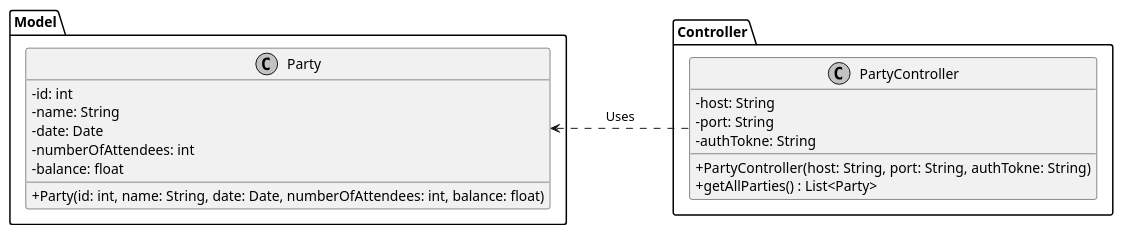
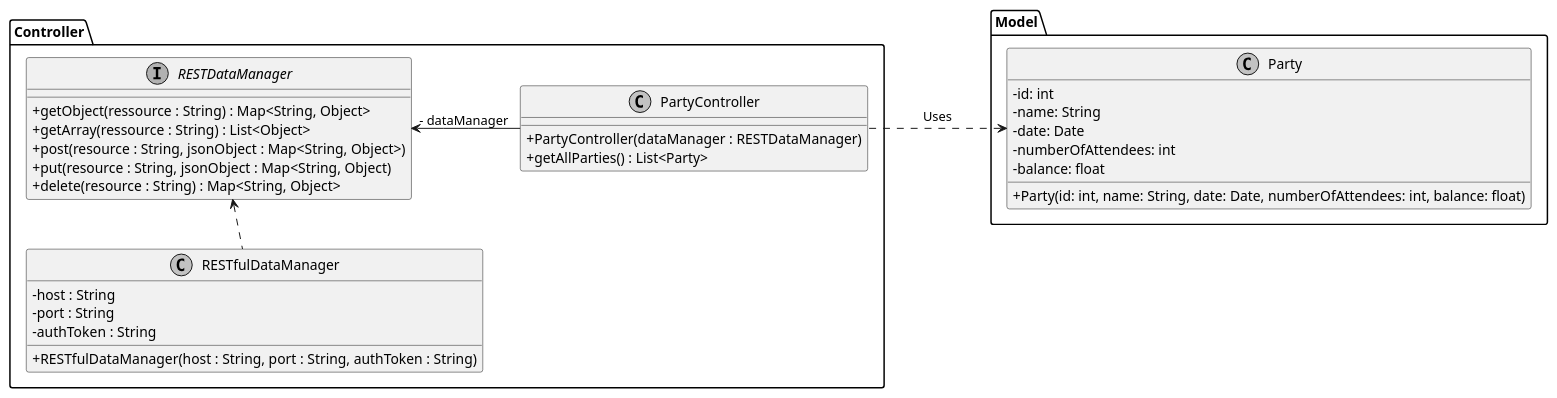
Before and after one commit to lutrampal/sbeereck-app: the diagram in Docs/Front-End/classDiagram.puml, drawn with PlantUML. The commit also changed 95 other files, not shown here.

```diff
--- a/Docs/Front-End/classDiagram.puml
+++ b/Docs/Front-End/classDiagram.puml
@@ -1,30 +1,47 @@
 @startuml
 skinparam monochrome true
 skinparam classAttributeIconSize 0
 skinparam nodesep 110
 skinparam ranksep 10
 
 package Model {
 	class Party {
 		- id: int
 		- name: String
 		- date: Date
 		- numberOfAttendees: int
 		- balance: float
 		+ Party(id: int, name: String, date: Date, numberOfAttendees: int, balance: float)
 	}
 }
 
 package Controller {
+	interface RESTDataManager {
+		+ getObject(ressource : String) : Map<String, Object>
+		+ getArray(ressource : String) : List<Object>
+		+ post(resource : String, jsonObject : Map<String, Object>)
+		+ put(resource : String, jsonObject : Map<String, Object)
+		+ delete(resource : String) : Map<String, Object>
+	}
+
+	class RESTfulDataManager {
+		- host : String
+		- port : String
+		- authToken : String
+		+ RESTfulDataManager(host : String, port : String, authToken : String)
+	}
+
+	RESTDataManager <.. RESTfulDataManager
+		
+
 	class PartyController{
-		- host: String
-		- port: String
-		- authTokne: String
-		+ PartyController(host: String, port: String, authTokne: String)
+		+ PartyController(dataManager : RESTDataManager)
 		+ getAllParties() : List<Party>
 	}
+
+	RESTDataManager "- dataManager" <- PartyController
 }
 
 Party <. PartyController : Uses
 
 @enduml
```
